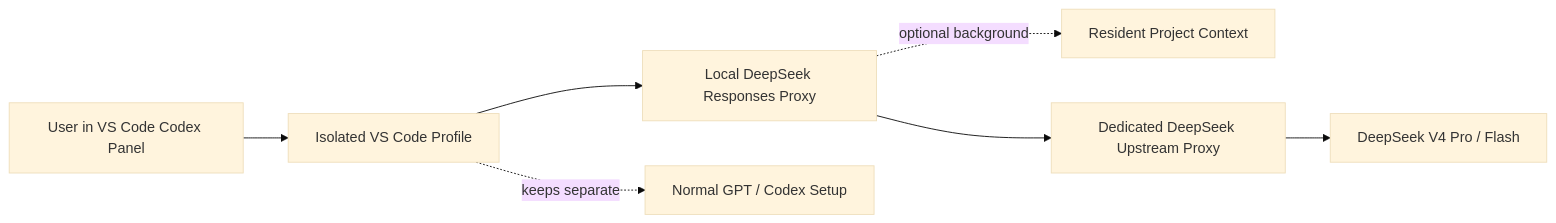
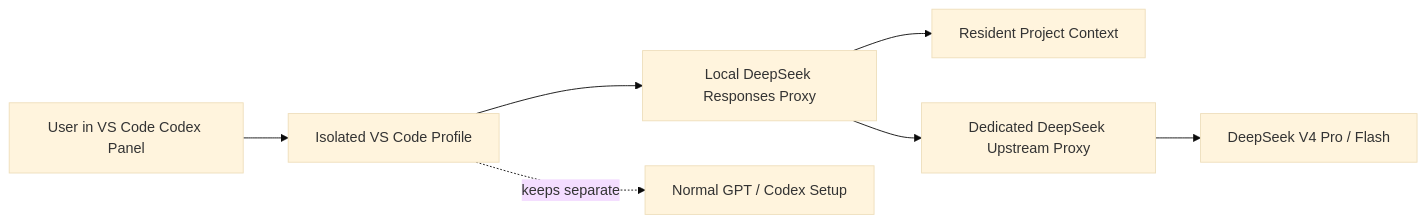
Before and after one commit to norname-shine/DeepSeek-VS_Codex-GUI: the first of 2 diagrams in README.md, drawn with Mermaid (base theme). The commit also changed other lines of this file and 3 other files, not shown here.

````diff
--- a/README.md
+++ b/README.md
@@ -77,10 +85,10 @@
 ```mermaid
 flowchart LR
   A[User in VS Code Codex Panel] --> B[Isolated VS Code Profile]
   B --> C[Local DeepSeek Responses Proxy]
-  C -. optional background .-> D[Resident Project Context]
+  C --> D[Resident Project Context]
   C --> E[Dedicated DeepSeek Upstream Proxy]
   E --> F[DeepSeek V4 Pro / Flash]
 
   B -. keeps separate .-> G[Normal GPT / Codex Setup]
 ```
````
